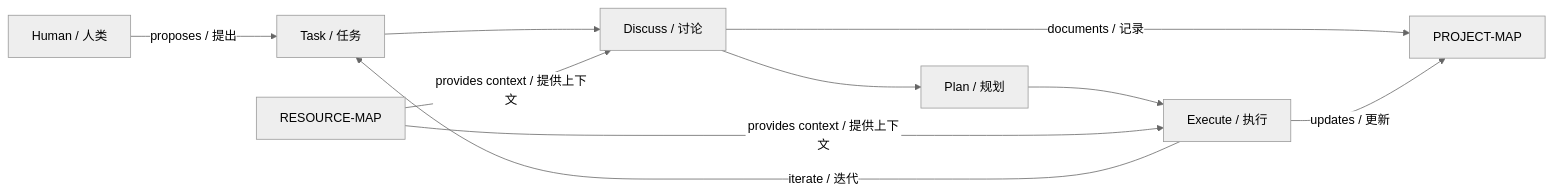
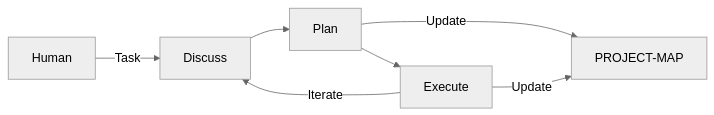
One commit to jiya-mira/jm-forge changed the diagram in README.md. Above: the diagram before and after it, drawn with Mermaid (neutral theme). The commit also changed other lines of this file, not shown here.

````diff
--- a/README.md
+++ b/README.md
@@ -108,12 +81,8 @@
 ```mermaid
 graph LR
-    A[Human / 人类] -->|proposes / 提出| B[Task / 任务]
-    B --> C[Discuss / 讨论]
-    C --> D[Plan / 规划]
-    D --> E[Execute / 执行]
-    E -->|iterate / 迭代| B
-    C -->|documents / 记录| F[PROJECT-MAP]
-    E -->|updates / 更新| F
-    G[RESOURCE-MAP] -->|provides context / 提供上下文| C
-    G -->|provides context / 提供上下文| E
+    A[Human] -->|Task| B[Discuss]
+    B --> C[Plan]
+    C --> D[Execute]
+    D -->|Iterate| B
+    C & D -->|Update| E[PROJECT-MAP]
 ```
````
